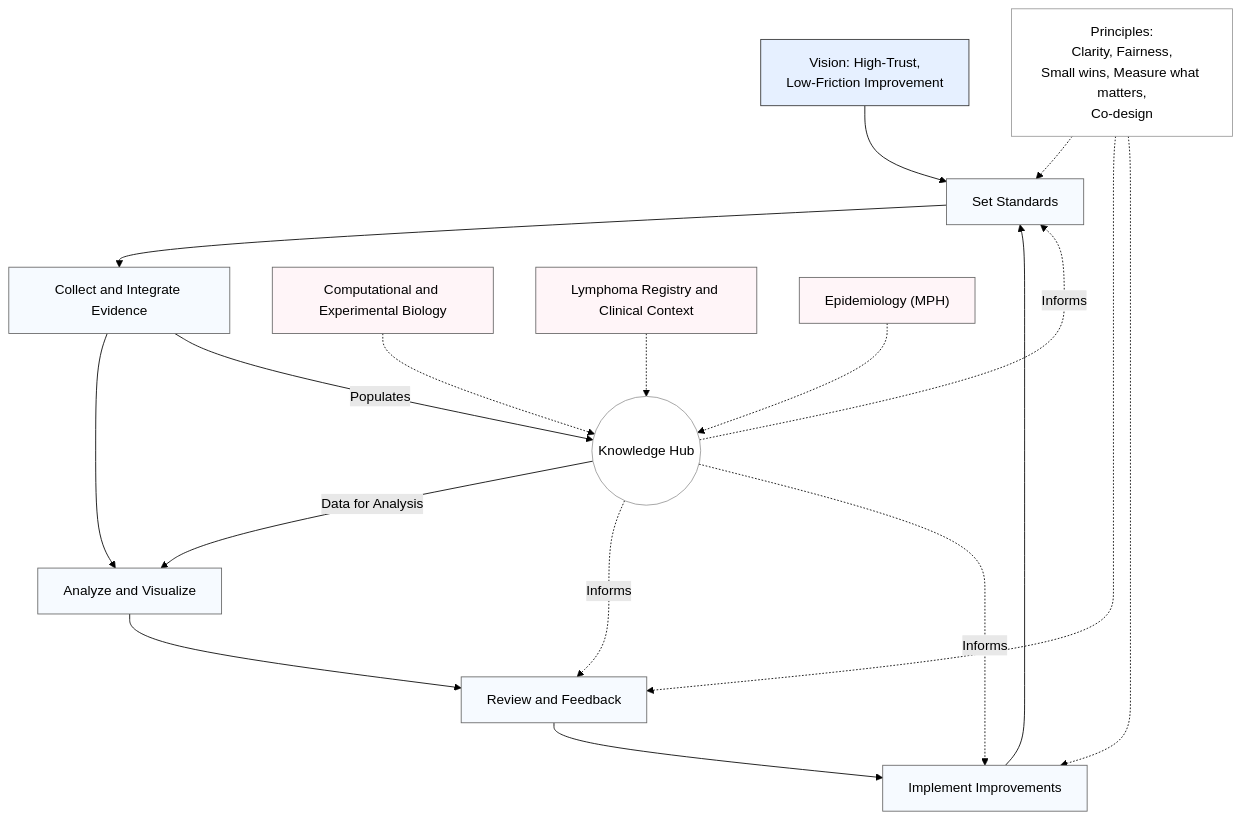
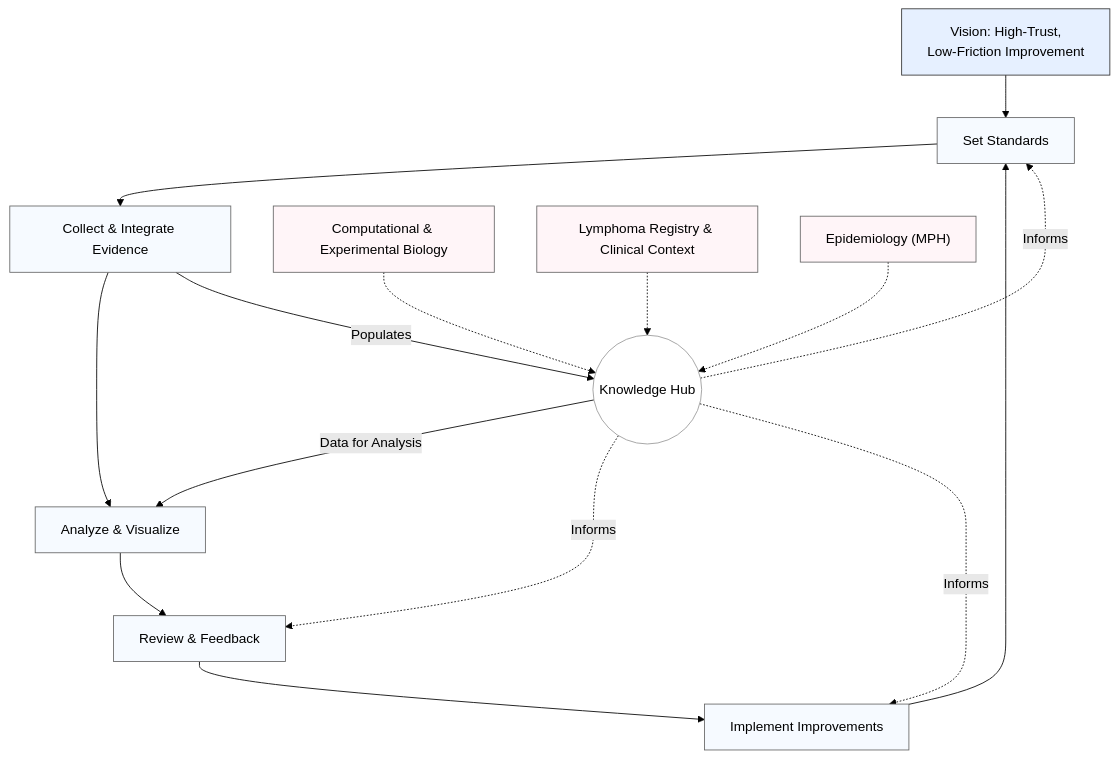
One commit to arshah18/arshah18.github.io changed the diagram in index.md. Above: the diagram before and after it, drawn with Mermaid (forest theme).

Commit message:
Work flow test2; ensure Mermaid loads

```diff
--- a/index.md
+++ b/index.md
@@ -74,41 +74,32 @@
 <div class="mermaid">
 flowchart TD
   A["Vision: High-Trust,<br>Low-Friction Improvement"] --> S["Set Standards"]
-  S --> C["Collect and Integrate Evidence"]
-  C --> V["Analyze and Visualize"]
-  V --> R["Review and Feedback"]
-  R --> I["Implement Improvements"]
+  S --> C["Collect & Integrate Evidence"] 
+  C --> V["Analyze & Visualize"]
+  V --> R["Review & Feedback"] 
+  R --> I["Implement Improvements"] 
   I --> S
-
   K0(("Knowledge Hub"))
-  K1["Computational and Experimental Biology"]
-  K2["Lymphoma Registry and Clinical Context"]
+  K1["Computational & Experimental Biology"]
+  K2["Lymphoma Registry & Clinical Context"]
   K3["Epidemiology (MPH)"]
-
   K1 -.-> K0
   K2 -.-> K0
   K3 -.-> K0
-
   C -->|Populates| K0
   K0 -->|Data for Analysis| V
   K0 -.->|Informs| S
   K0 -.->|Informs| R
   K0 -.->|Informs| I
-
-  P["Principles:<br>Clarity, Fairness,<br>Small wins, Measure what matters,<br>Co-design"]
-  P -.-> S
-  P -.-> R
-  P -.-> I
-
-  style A  fill:#e6f0ff,stroke:#333,stroke-width:1px
-  style S  fill:#f6faff,stroke:#666,stroke-width:1px
-  style C  fill:#f6faff,stroke:#666,stroke-width:1px
-  style V  fill:#f6faff,stroke:#666,stroke-width:1px
-  style R  fill:#f6faff,stroke:#666,stroke-width:1px
-  style I  fill:#f6faff,stroke:#666,stroke-width:1px
+  classDef k fill:#fff5f8,stroke:#666,stroke-width:1px
+  style A fill:#e6f0ff,stroke:#333,stroke-width:1px
+  style S fill:#f6faff,stroke:#666,stroke-width:1px
+  style C fill:#f6faff,stroke:#666,stroke-width:1px
+  style V fill:#f6faff,stroke:#666,stroke-width:1px
+  style R fill:#f6faff,stroke:#666,stroke-width:1px
+  style I fill:#f6faff,stroke:#666,stroke-width:1px
   style K0 fill:#ffffff,stroke:#999,stroke-width:1px
   style K1 fill:#fff5f8,stroke:#666,stroke-width:1px
   style K2 fill:#fff5f8,stroke:#666,stroke-width:1px
   style K3 fill:#fff5f8,stroke:#666,stroke-width:1px
-  style P  fill:#ffffff,stroke:#999,stroke-width:1px
 </div>
```
